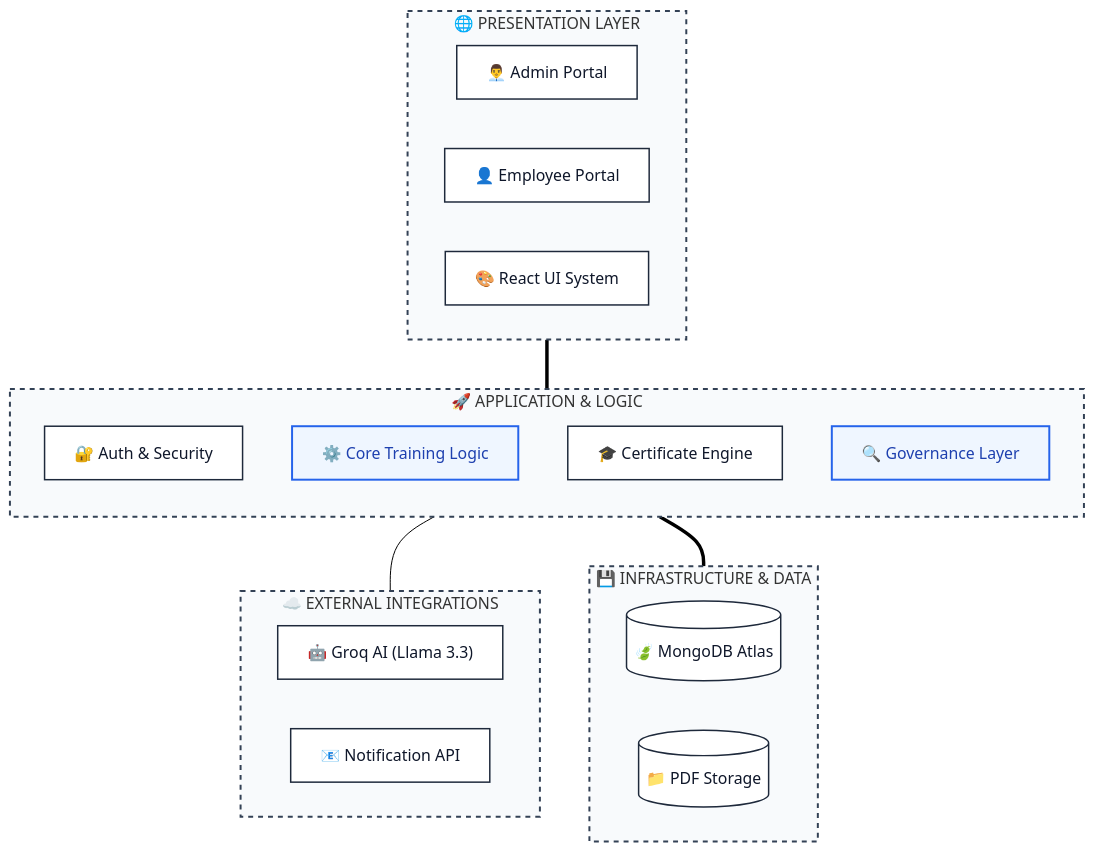
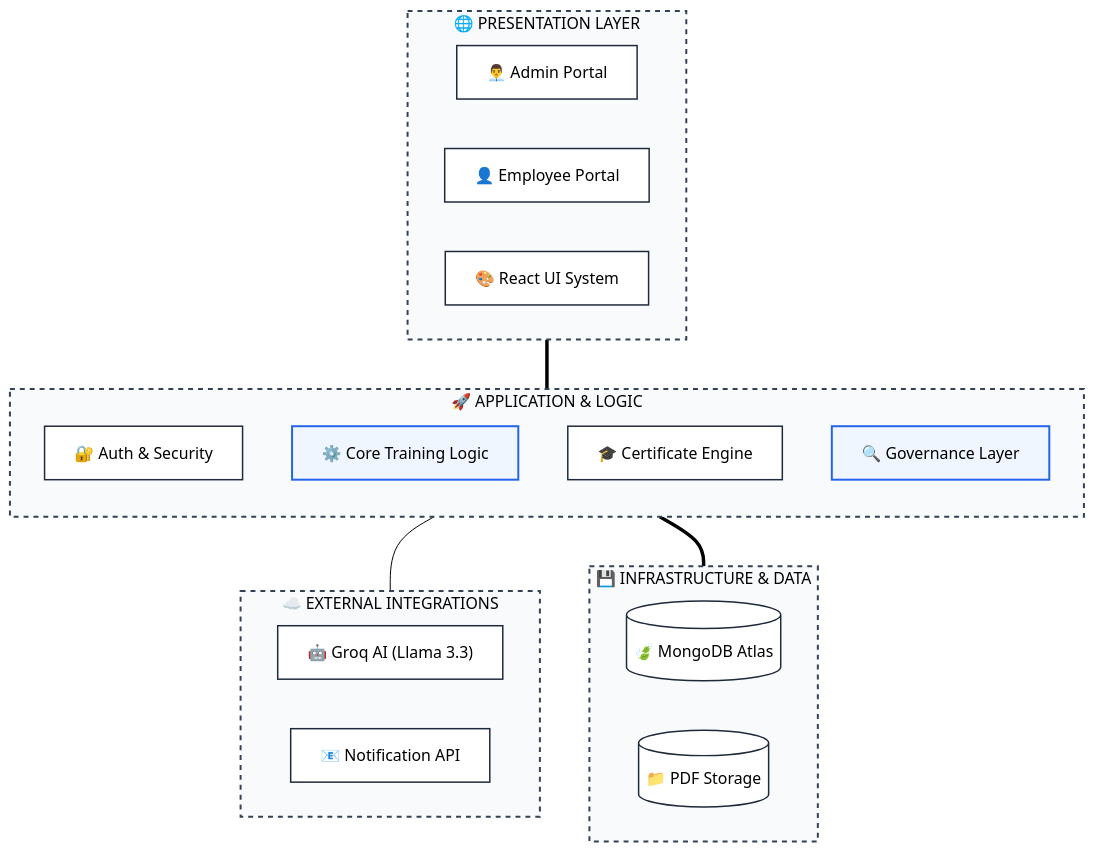
One commit to rhubballi/TMS changed the first of 3 diagrams in README.md. Above: the diagram before and after it, drawn with Mermaid (forest theme).

Commit message:
Improve architecture visibility with high-contrast black text

````diff
--- a/README.md
+++ b/README.md
@@ -9,43 +9,43 @@
 ```mermaid
 graph TB
     subgraph Presentation_Layer ["🌐 PRESENTATION LAYER"]
         direction LR
         Admin["👨‍💼 Admin Portal"]
         Employee["👤 Employee Portal"]
         UI_Components["🎨 React UI System"]
     end
 
     subgraph Application_Layer ["🚀 APPLICATION & LOGIC"]
         direction TB
         Auth_Svc["🔐 Auth & Security"]
         Core_Engine["⚙️ Core Training Logic"]
         Cert_Svc["🎓 Certificate Engine"]
         Gov_AI["🔍 Governance Layer"]
     end
 
     subgraph Integration_Layer ["☁️ EXTERNAL INTEGRATIONS"]
         direction LR
         Groq_AI["🤖 Groq AI (Llama 3.3)"]
         Email_Ntf["📧 Notification API"]
     end
 
     subgraph Data_Layer ["💾 INFRASTRUCTURE & DATA"]
         direction LR
         MongoDB[("🍃 MongoDB Atlas")]
         File_Storage[("📁 PDF Storage")]
     end
 
     %% Multi-Layer Connections
     Presentation_Layer === Application_Layer
     Application_Layer --- Integration_Layer
     Application_Layer === Data_Layer
 
-    %% Professional Styling
-    classDef layerBox fill:#f8fafc,stroke:#334155,stroke-width:2px,stroke-dasharray: 5 5;
-    classDef nodeBox fill:#ffffff,stroke:#1e293b,stroke-width:1.5px,color:#0f172a;
-    classDef primaryNode fill:#eff6ff,stroke:#2563eb,stroke-width:2px,color:#1e40af;
+    %% Professional Styling (High-Contrast for Visibility)
+    classDef layerBox fill:#f8fafc,stroke:#334155,stroke-width:2px,stroke-dasharray: 5 5,color:#000000;
+    classDef nodeBox fill:#ffffff,stroke:#1e293b,stroke-width:1.5px,color:#000000;
+    classDef primaryNode fill:#eff6ff,stroke:#2563eb,stroke-width:2px,color:#000000;
     
     class Presentation_Layer,Application_Layer,Integration_Layer,Data_Layer layerBox;
     class Admin,Employee,UI_Components,Auth_Svc,Core_Engine,Cert_Svc,Gov_AI,Groq_AI,Email_Ntf,MongoDB,File_Storage nodeBox;
     class Core_Engine,Gov_AI primaryNode;
 ```
````
